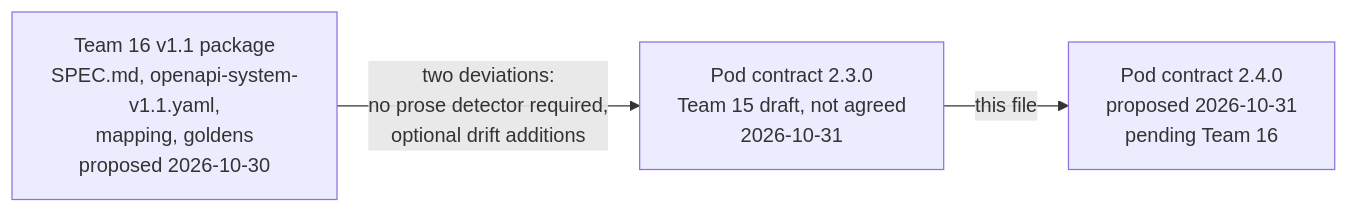
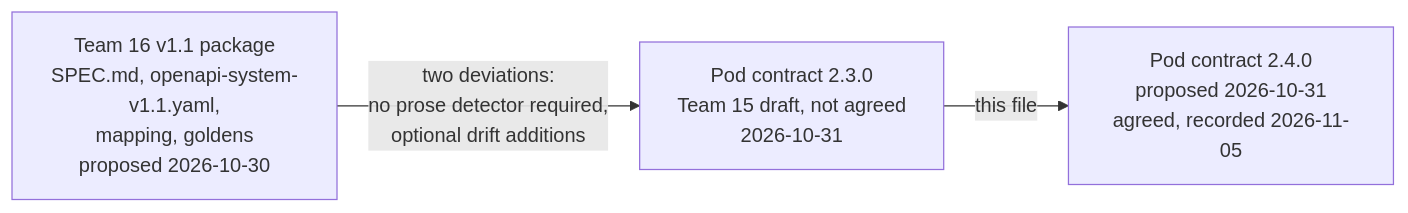
The first of 3 diagrams in docs/history/contract-2.4.0-changes.md (MuhammadSban/DocumentationModelDrifter), drawn with Mermaid before and after one commit. The commit also changed other lines of this file and 2 other files, not shown here.

First line of the commit message:
Record Team 16's agreement to contract 2.4.0

````diff
--- a/docs/history/contract-2.4.0-changes.md
+++ b/docs/history/contract-2.4.0-changes.md
@@ -12,8 +12,8 @@
 ```mermaid
 flowchart LR
     V11["Team 16 v1.1 package<br/>SPEC.md, openapi-system-v1.1.yaml,<br/>mapping, goldens<br/>proposed 2026-10-30"]
     C23["Pod contract 2.3.0<br/>Team 15 draft, not agreed<br/>2026-10-31"]
-    C24["Pod contract 2.4.0<br/>proposed 2026-10-31<br/>pending Team 16"]
+    C24["Pod contract 2.4.0<br/>proposed 2026-10-31<br/>agreed, recorded 2026-11-05"]
     V11 -->|"two deviations:<br/>no prose detector required,<br/>optional drift additions"| C23
     C23 -->|"this file"| C24
 ```
````
